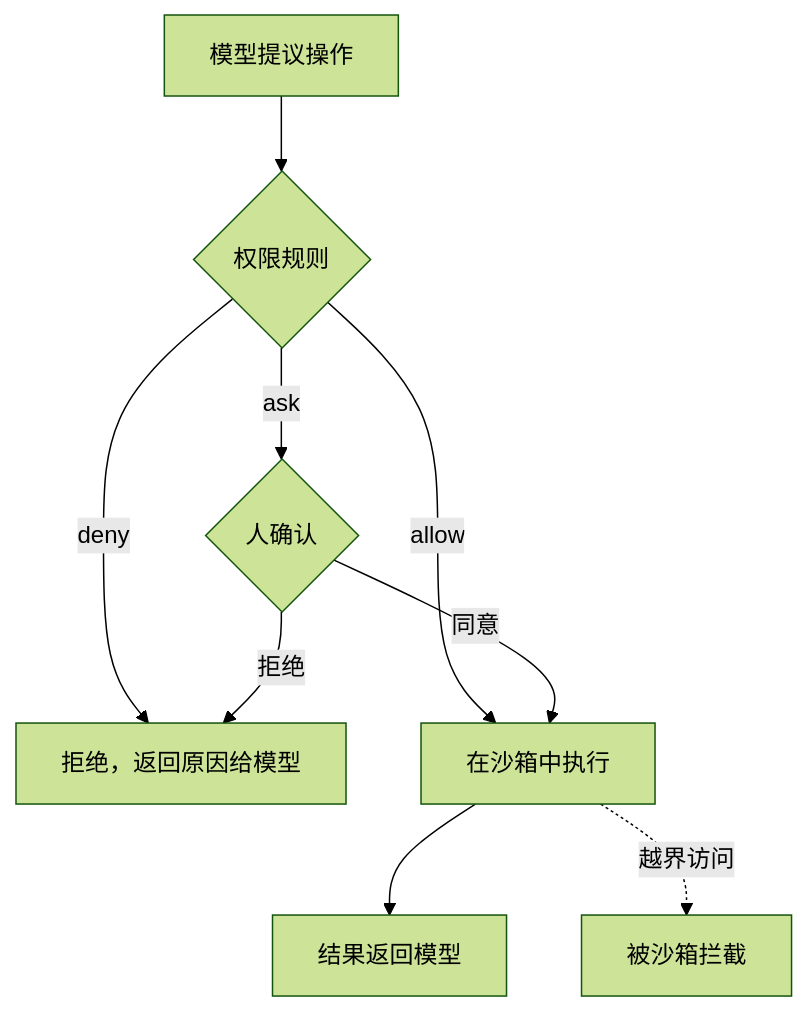
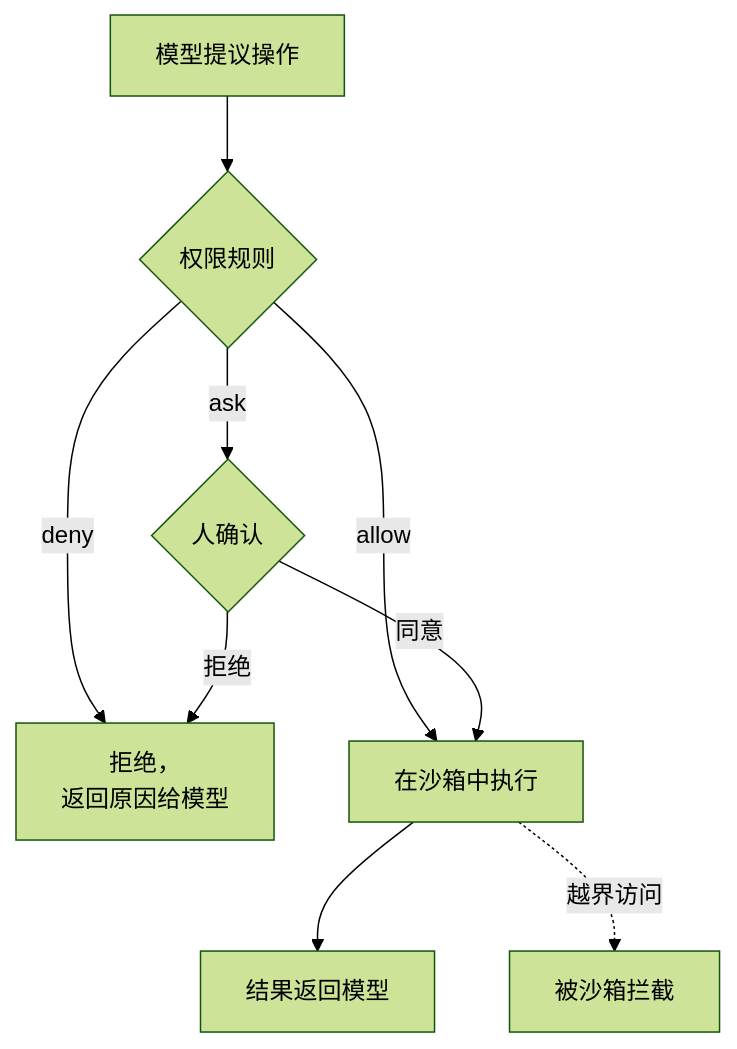
Before and after one commit to jarvis-pro/hatch-shelf: the third of 3 diagrams in books/agent-principles/09-sandbox-permissions.md, drawn with Mermaid (forest theme). The commit also changed other lines of this file and 432 other files, not shown here.

````diff
--- a/books/agent-principles/09-sandbox-permissions.md
+++ b/books/agent-principles/09-sandbox-permissions.md
@@ -113,11 +113,11 @@
 ```mermaid
 flowchart TB
   M["模型提议操作"] --> P{"权限规则"}
-  P -->|"deny"| X["拒绝，返回原因给模型"]
+  P -->|"deny"| X["拒绝，<br/>返回原因给模型"]
   P -->|"ask"| H{"人确认"}
   P -->|"allow"| S["在沙箱中执行"]
   H -->|"同意"| S
   H -->|"拒绝"| X
   S --> R["结果返回模型"]
   S -.->|"越界访问"| B["被沙箱拦截"]
 ```
````
